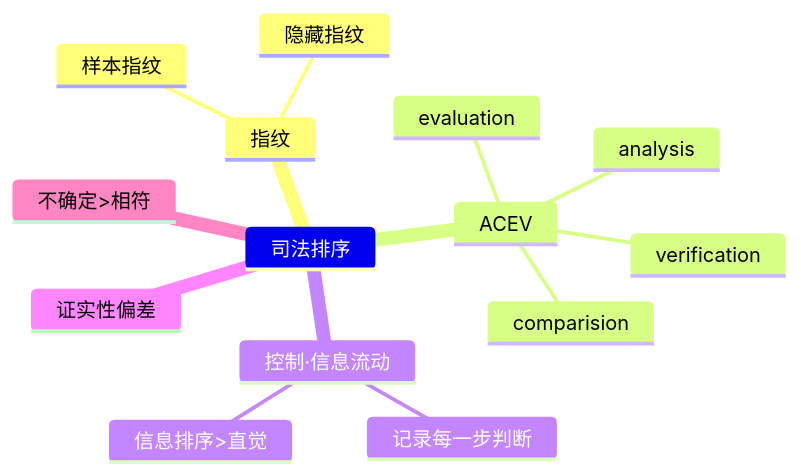
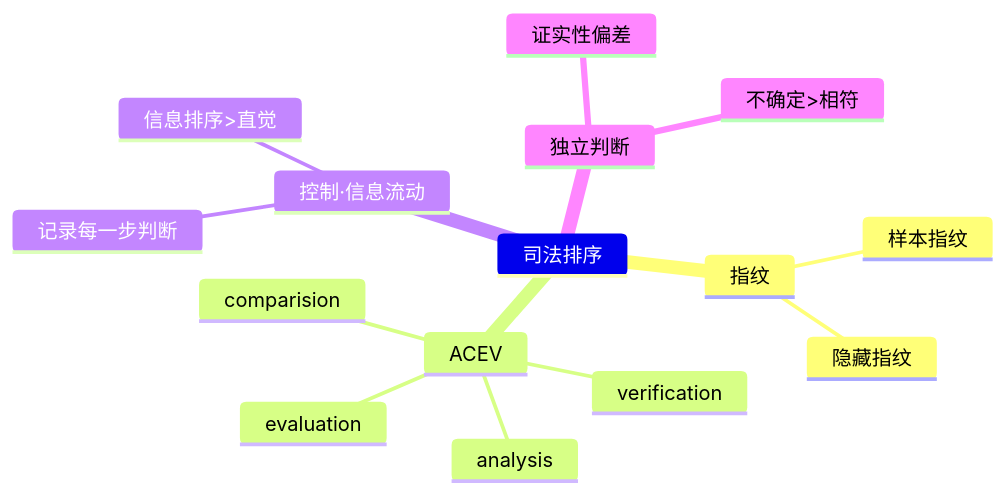
Before and after one commit to Tufafo/mblog: the third of 4 diagrams in 内容/噪声/决策卫生.md, drawn with Mermaid. The commit also changed other lines of this file, not shown here.

```diff
--- a/内容/噪声/决策卫生.md
+++ b/内容/噪声/决策卫生.md
@@ -58,18 +76,19 @@
 <pre class="mermaid">
 mindmap
 司法排序
     指纹
         隐藏指纹
         样本指纹
     ACEV
         analysis
         comparision
         evaluation
         verification
     控制·信息流动
         信息排序>直觉
         记录每一步判断
+		独立判断
     证实性偏差
     不确定>相符
     
 </pre>
```
